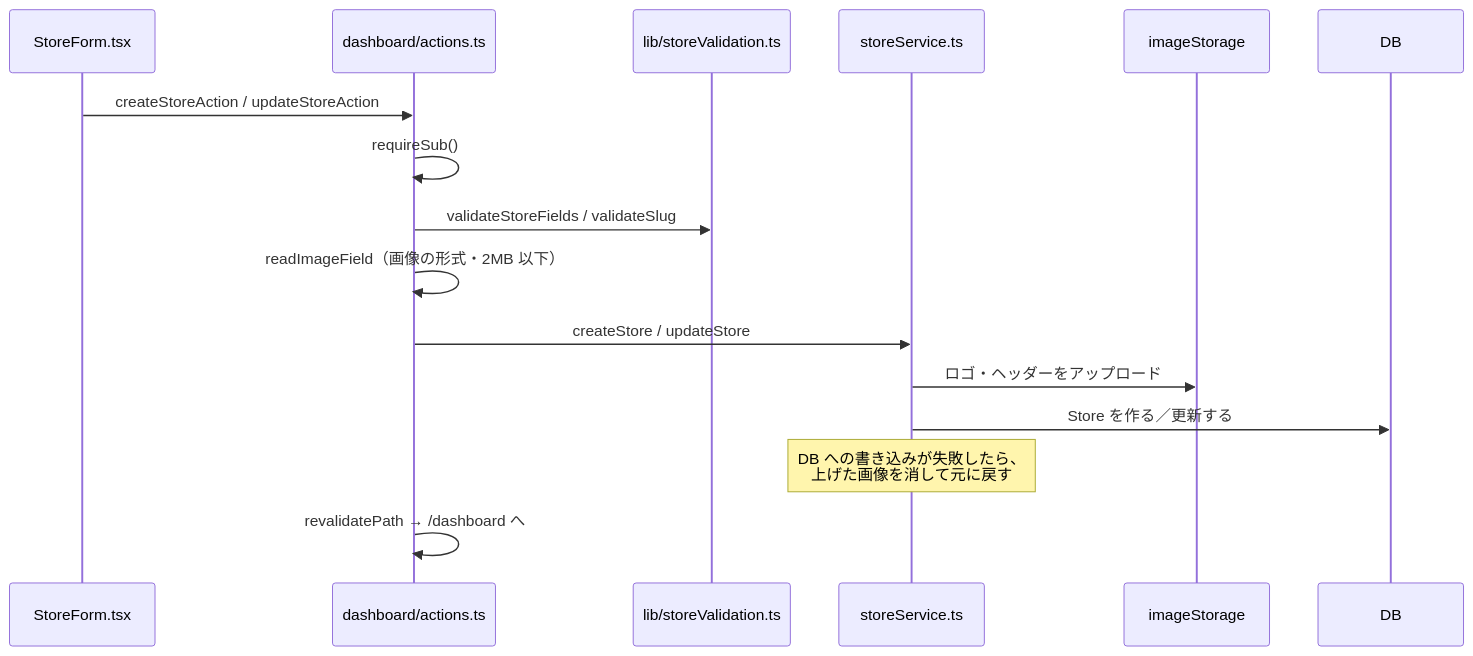
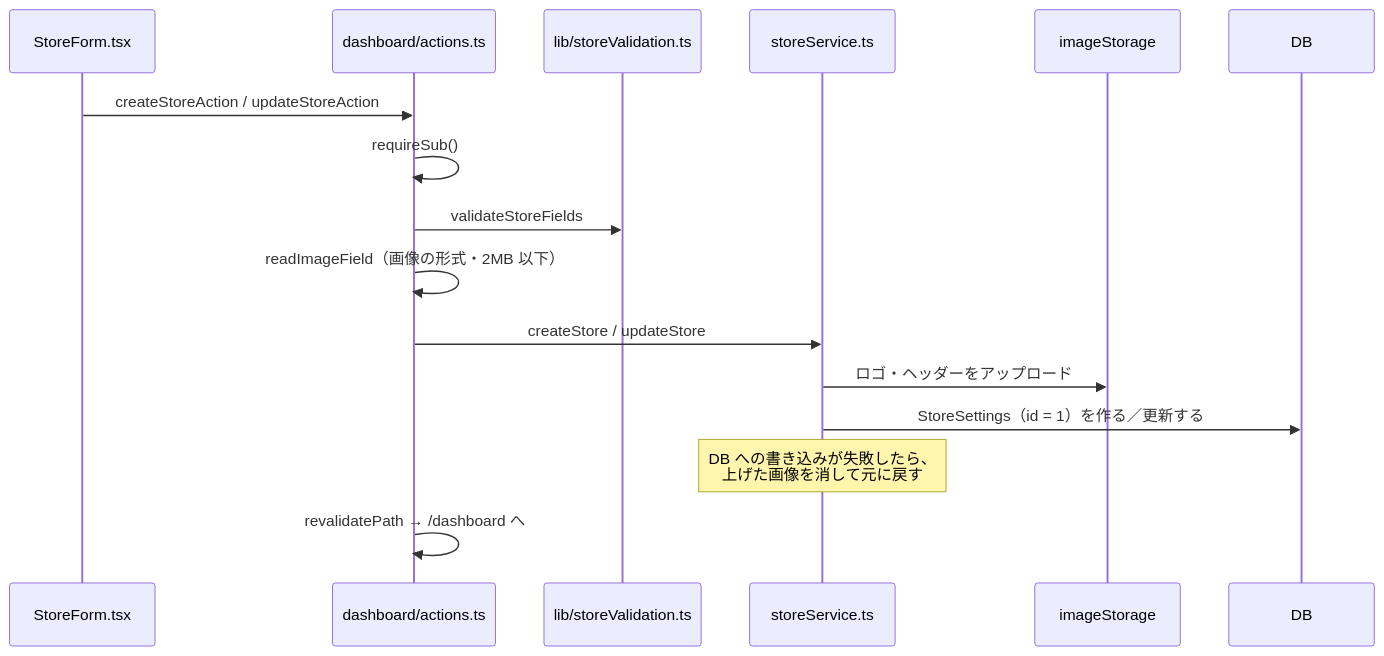
The third of 8 diagrams in docs/feature-guide.md (Sparklingstadt/candy-rain-stores), drawn with Mermaid before and after one commit. The commit also changed other lines of this file and 47 other files, not shown here.

````diff
--- a/docs/feature-guide.md
+++ b/docs/feature-guide.md
@@ -138,18 +141,18 @@
 ```mermaid
 sequenceDiagram
   participant 画面 as StoreForm.tsx
   participant 受付 as dashboard/actions.ts
   participant チェック as lib/storeValidation.ts
   participant サービス as storeService.ts
   participant 画像 as imageStorage
   participant DB
   画面->>受付: createStoreAction / updateStoreAction
   受付->>受付: requireSub()
-  受付->>チェック: validateStoreFields / validateSlug
+  受付->>チェック: validateStoreFields
   受付->>受付: readImageField（画像の形式・2MB 以下）
   受付->>サービス: createStore / updateStore
   サービス->>画像: ロゴ・ヘッダーをアップロード
-  サービス->>DB: Store を作る／更新する
+  サービス->>DB: StoreSettings（id = 1）を作る／更新する
   Note over サービス: DB への書き込みが失敗したら、<br/>上げた画像を消して元に戻す
   受付->>受付: revalidatePath → /dashboard へ
 ```
````
